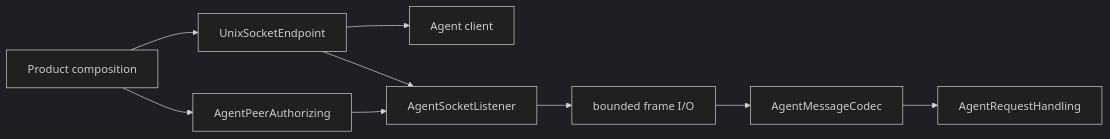
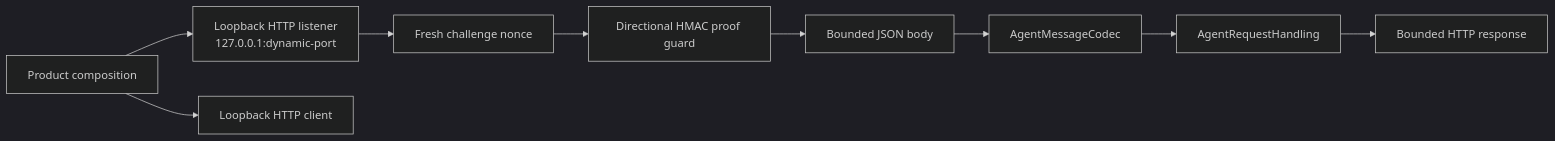
One commit to 1amageek/Rupa changed the first of 2 diagrams in RupaKit/Sources/RupaAgentTransport/DESIGN.md. Above: the diagram before and after it, drawn with Mermaid (dark theme). The commit also changed other lines of this file and 133 other files, not shown here.

````diff
--- a/RupaKit/Sources/RupaAgentTransport/DESIGN.md
+++ b/RupaKit/Sources/RupaAgentTransport/DESIGN.md
@@ -34,11 +36,11 @@
 ```mermaid
 flowchart LR
-    Composition["Product composition"] --> Endpoint["UnixSocketEndpoint"]
-    Endpoint --> Client["Agent client"]
-    Endpoint --> Listener["AgentSocketListener"]
-    Composition --> Authorizer["AgentPeerAuthorizing"]
-    Authorizer --> Listener
-    Listener --> Frame["bounded frame I/O"]
-    Frame --> Codec["AgentMessageCodec"]
+    Composition["Product composition"] --> Listener["Loopback HTTP listener\n127.0.0.1:dynamic-port"]
+    Composition --> Client["Loopback HTTP client"]
+    Listener --> Challenge["Fresh challenge nonce"]
+    Challenge --> Proof["Directional HMAC proof guard"]
+    Proof --> Body["Bounded JSON body"]
+    Body --> Codec["AgentMessageCodec"]
     Codec --> Handler["AgentRequestHandling"]
+    Handler --> Response["Bounded HTTP response"]
 ```
````
